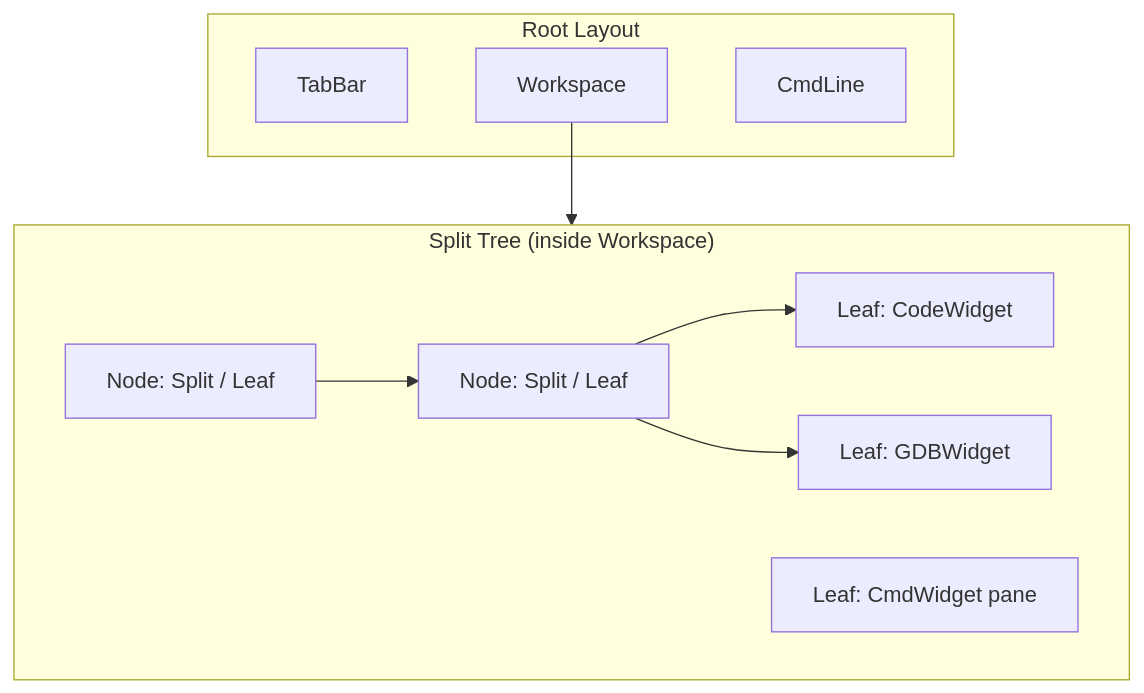
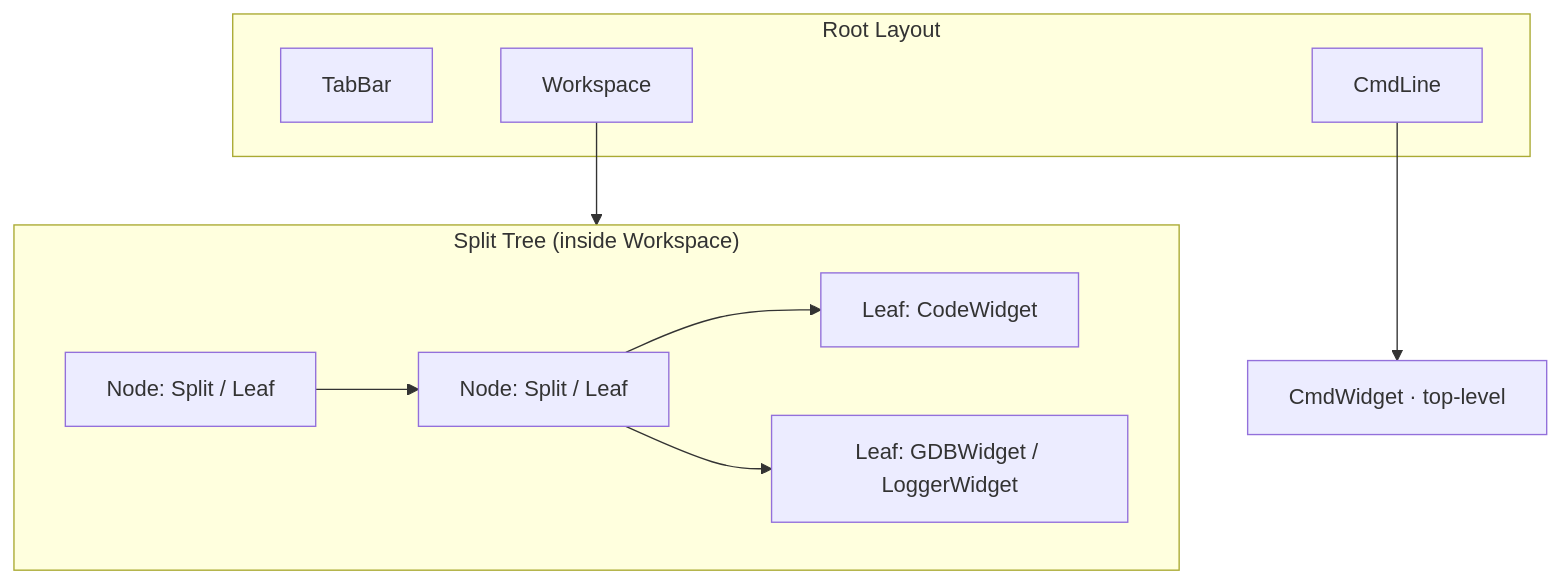
Before and after one commit to yairgd/gdbforge: the diagram in docs/diagrams/widget_hierarchy.mermaid, drawn with Mermaid. The commit also changed 11 other files, not shown here.

```diff
--- a/docs/diagrams/widget_hierarchy.mermaid
+++ b/docs/diagrams/widget_hierarchy.mermaid
@@ -1,19 +1,19 @@
 flowchart TB
     subgraph Root["Root Layout"]
         TB["TabBar"]
         WS["Workspace"]
         CL["CmdLine"]
     end
 
     subgraph SplitTree["Split Tree (inside Workspace)"]
         N1["Node: Split / Leaf"]
         N2["Node: Split / Leaf"]
         N3["Leaf: CodeWidget"]
-        N4["Leaf: GDBWidget"]
-        N5["Leaf: CmdWidget pane"]
+        N4["Leaf: GDBWidget / LoggerWidget"]
     end
 
     WS --> SplitTree
+    CL --> CmdWidget["CmdWidget · top-level"]
     N1 --> N2
     N2 --> N3
     N2 --> N4
```
